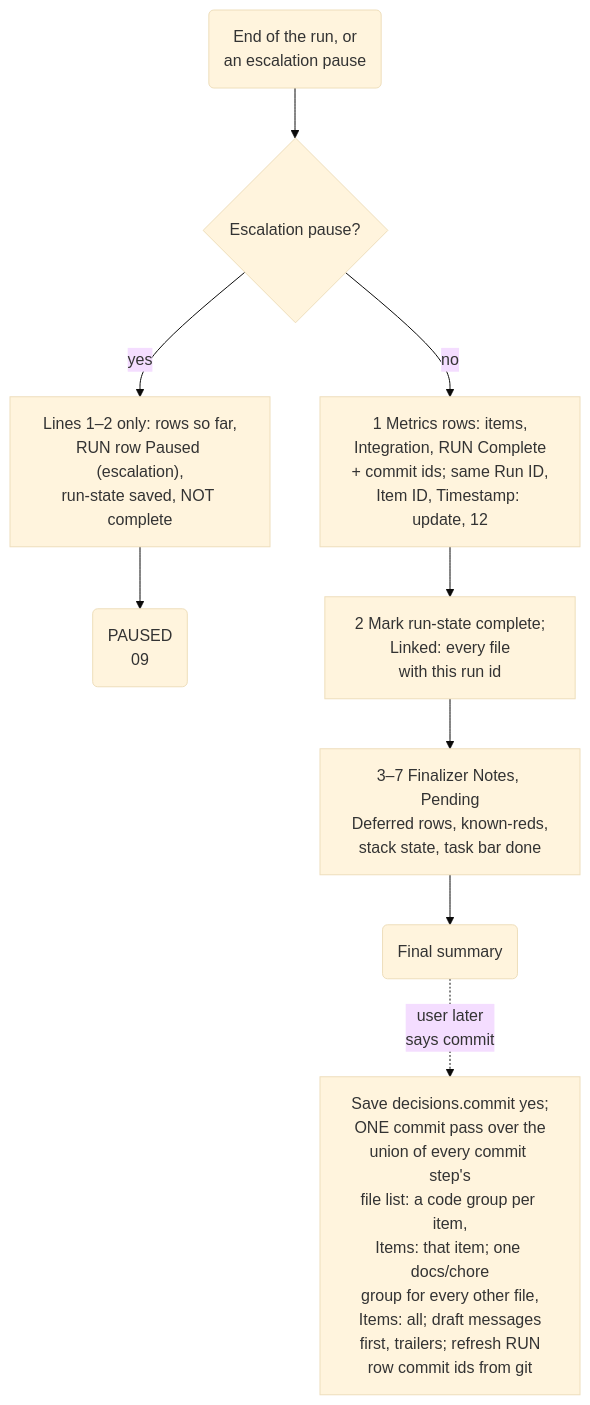
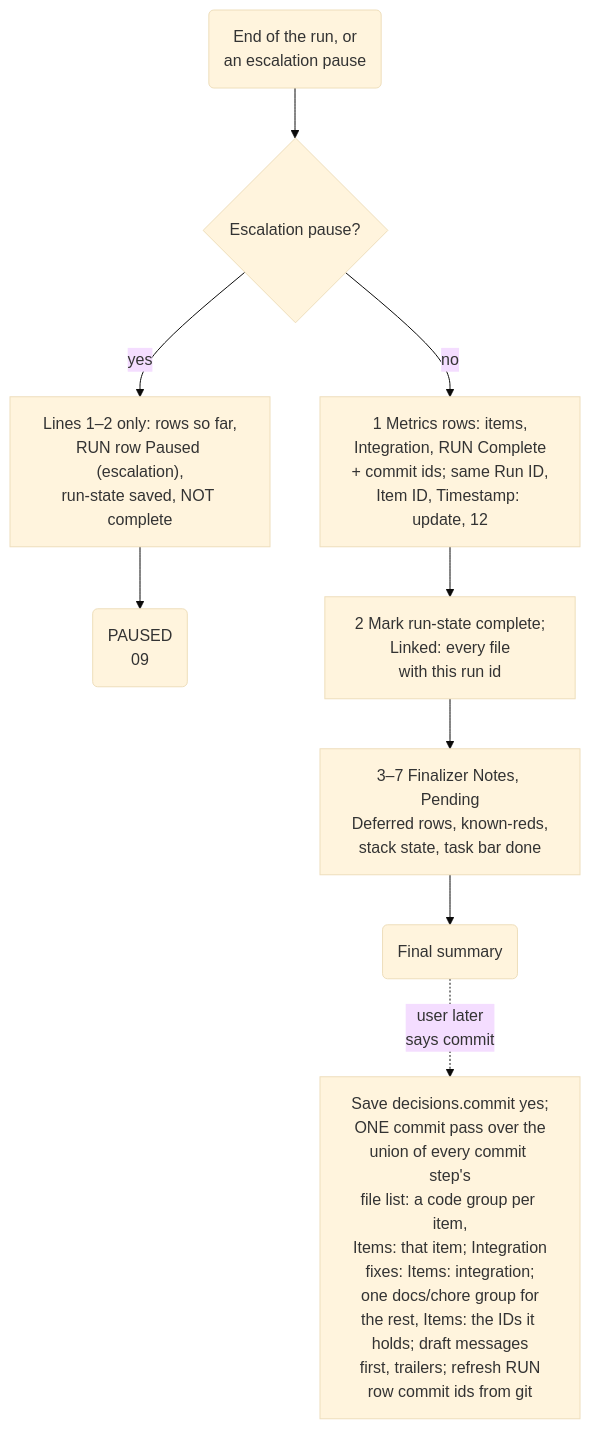
Before and after one commit to muhammedalikhan86/claude-stash: the fifth of 5 diagrams in skills/plugin-orchestrator-development-pattern/mermaid/07-phase3-finalization.md, drawn with Mermaid (base theme). The commit also changed other lines of this file and 32 other files, not shown here.

First line of the commit message:
feat(orchestrators): round of test-run fixes across both orchestrators and agents

````diff
--- a/skills/plugin-orchestrator-development-pattern/mermaid/07-phase3-finalization.md
+++ b/skills/plugin-orchestrator-development-pattern/mermaid/07-phase3-finalization.md
@@ -95,11 +97,11 @@
 ```mermaid
 flowchart TD
     In("End of the run, or<br/>an escalation pause") --> Esc{"Escalation pause?"}
     Esc -->|"yes"| L12["Lines 1–2 only: rows so far,<br/>RUN row Paused (escalation),<br/>run-state saved, NOT complete"]
     L12 --> Paused("PAUSED<br/>09")
     Esc -->|"no"| L1["1 Metrics rows: items,<br/>Integration, RUN Complete<br/>+ commit ids; same Run ID,<br/>Item ID, Timestamp: update, 12"]
     L1 --> L2["2 Mark run-state complete;<br/>Linked: every file<br/>with this run id"]
     L2 --> L37["3–7 Finalizer Notes, Pending<br/>Deferred rows, known-reds,<br/>stack state, task bar done"]
     L37 --> Sum("Final summary")
-    Sum -.->|"user later<br/>says commit"| Late["Save decisions.commit yes;<br/>ONE commit pass over the<br/>union of every commit step's<br/>file list: a code group per item,<br/>Items: that item; one docs/chore<br/>group for every other file,<br/>Items: all; draft messages<br/>first, trailers; refresh RUN<br/>row commit ids from git"]
+    Sum -.->|"user later<br/>says commit"| Late["Save decisions.commit yes;<br/>ONE commit pass over the<br/>union of every commit step's<br/>file list: a code group per item,<br/>Items: that item; Integration<br/>fixes: Items: integration;<br/>one docs/chore group for<br/>the rest, Items: the IDs it holds; draft messages<br/>first, trailers; refresh RUN<br/>row commit ids from git"]
 ```
````
